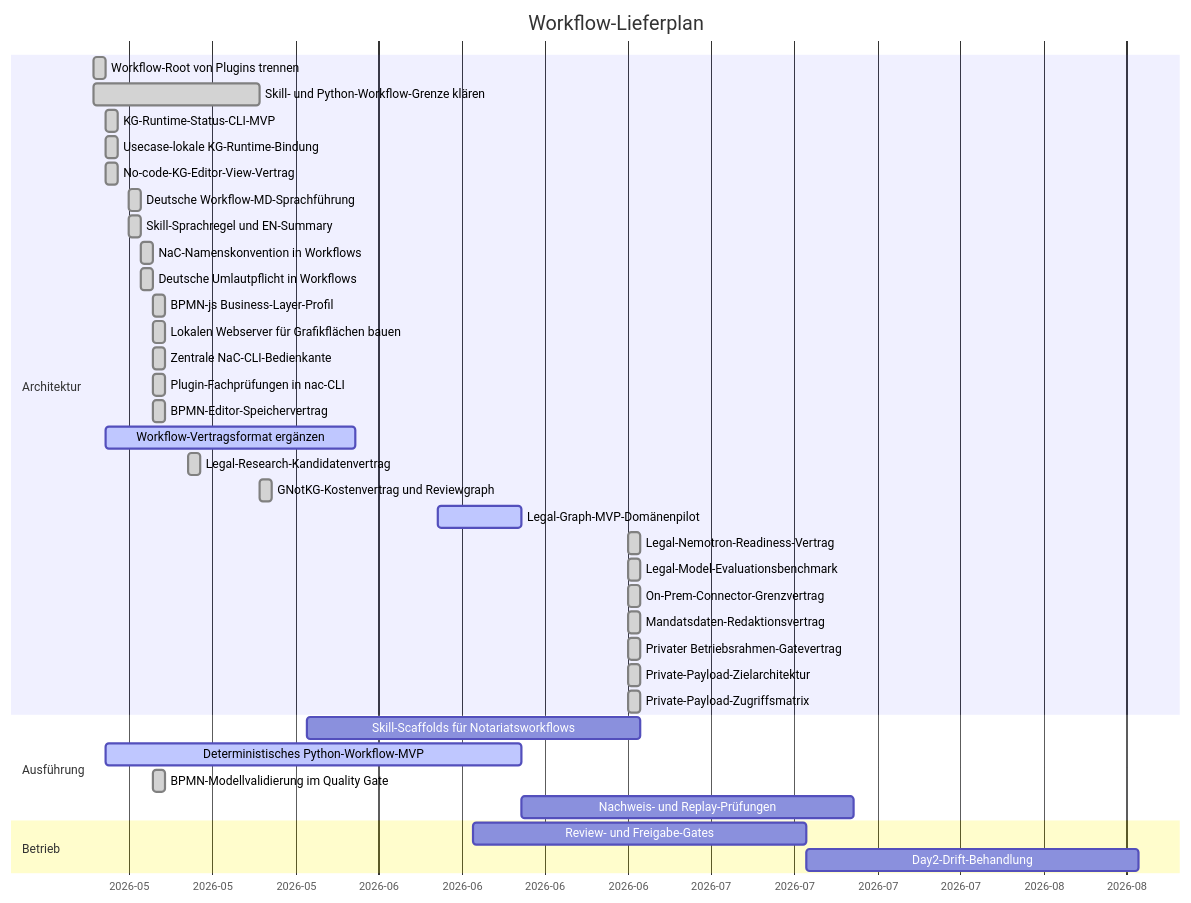
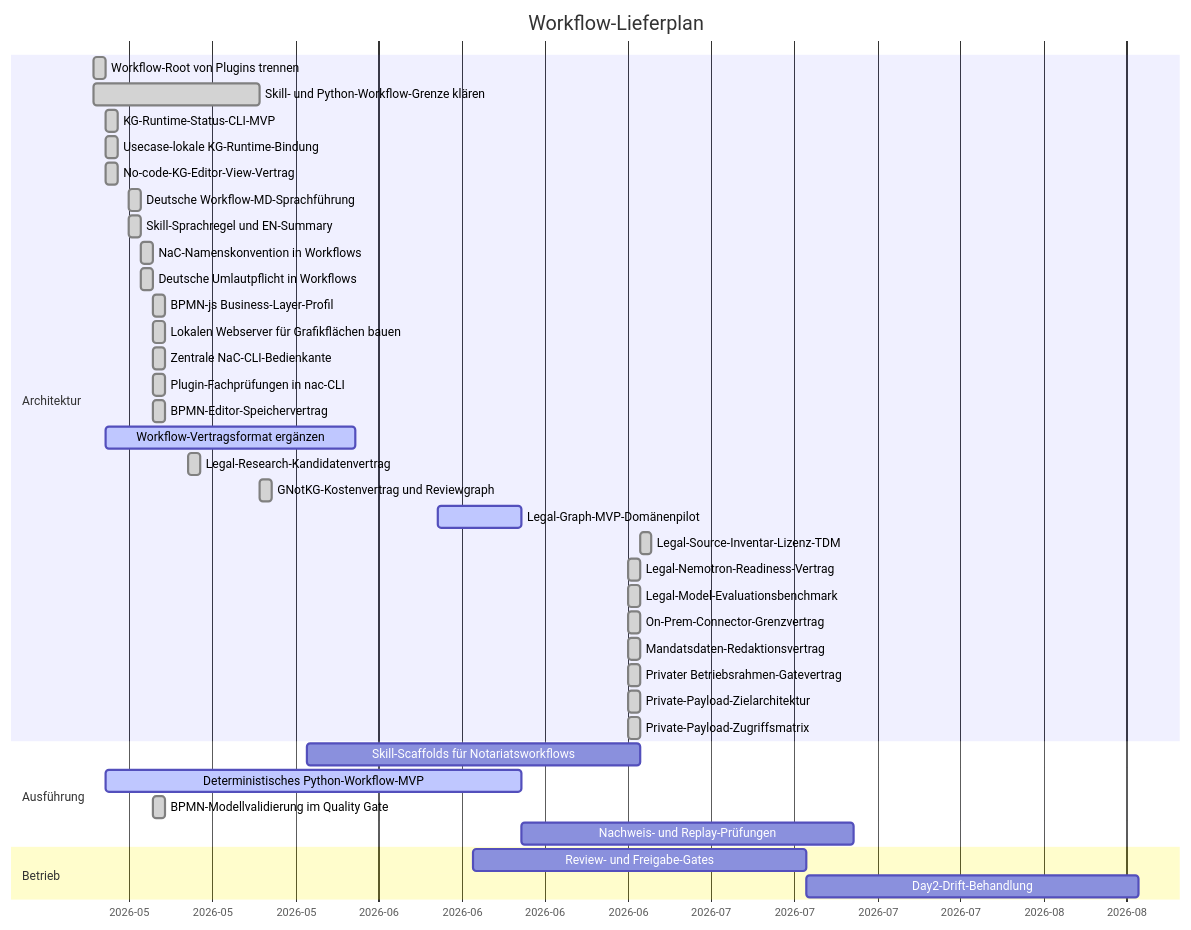
One commit to notariat8/NaC changed the diagram in workflows/GANTT.md. Above: the diagram before and after it, drawn with Mermaid. The commit also changed other lines of this file and 13 other files, not shown here.

Commit message:
Add legal source inventory license TDM contract

````diff
--- a/workflows/GANTT.md
+++ b/workflows/GANTT.md
@@ -5,43 +5,44 @@
 ```mermaid
 gantt
     title Workflow-Lieferplan
     dateFormat  YYYY-MM-DD
     axisFormat  %Y-%m
 
     section Architektur
     Workflow-Root von Plugins trennen          :done,   w1, 2026-05-14, 1d
     Skill- und Python-Workflow-Grenze klären  :done,   w2, 2026-05-14, 14d
     KG-Runtime-Status-CLI-MVP                  :done,   w3, 2026-05-15, 1d
     Usecase-lokale KG-Runtime-Bindung          :done,   w3a, 2026-05-15, 1d
     No-code-KG-Editor-View-Vertrag             :done,   w4a, 2026-05-15, 1d
     Deutsche Workflow-MD-Sprachführung        :done,   w4b, 2026-05-17, 1d
     Skill-Sprachregel und EN-Summary            :done,   w4c, 2026-05-17, 1d
     NaC-Namenskonvention in Workflows           :done,   w4d, 2026-05-18, 1d
     Deutsche Umlautpflicht in Workflows         :done,   w4e, 2026-05-18, 1d
     BPMN-js Business-Layer-Profil               :done,   w4f, 2026-05-19, 1d
     Lokalen Webserver für Grafikflächen bauen  :done,   w4g, 2026-05-19, 1d
     Zentrale NaC-CLI-Bedienkante                :done,   w4h, 2026-05-19, 1d
     Plugin-Fachprüfungen in nac-CLI             :done,   w4i, 2026-05-19, 1d
     BPMN-Editor-Speichervertrag                 :done,   w4j, 2026-05-19, 1d
     Workflow-Vertragsformat ergänzen          :active, w4, 2026-05-15, 21d
     Legal-Research-Kandidatenvertrag           :done,   w4k, 2026-05-22, 1d
     GNotKG-Kostenvertrag und Reviewgraph        :done,   w4l, 2026-05-28, 1d
     Legal-Graph-MVP-Domänenpilot              :active, w4m, 2026-06-12, 7d
+    Legal-Source-Inventar-Lizenz-TDM           :done,   w4u, 2026-06-29, 1d
     Legal-Nemotron-Readiness-Vertrag            :done,   w4s, 2026-06-28, 1d
     Legal-Model-Evaluationsbenchmark           :done,   w4t, 2026-06-28, 1d
     On-Prem-Connector-Grenzvertrag            :done,   w4n, 2026-06-28, 1d
     Mandatsdaten-Redaktionsvertrag             :done,   w4o, 2026-06-28, 1d
     Privater Betriebsrahmen-Gatevertrag        :done,   w4p, 2026-06-28, 1d
     Private-Payload-Zielarchitektur            :done,   w4q, 2026-06-28, 1d
     Private-Payload-Zugriffsmatrix             :done,   w4r, 2026-06-28, 1d
 
     section Ausführung
     Skill-Scaffolds für Notariatsworkflows    :        w5, 2026-06-01, 28d
     Deterministisches Python-Workflow-MVP      :active, w6, 2026-05-15, 35d
     BPMN-Modellvalidierung im Quality Gate      :done,   w6a, 2026-05-19, 1d
     Nachweis- und Replay-Prüfungen            :        w7, after w6, 28d
 
     section Betrieb
     Review- und Freigabe-Gates                 :        w8, 2026-06-15, 28d
     Day2-Drift-Behandlung                      :        w9, after w8, 28d
 ```
````
